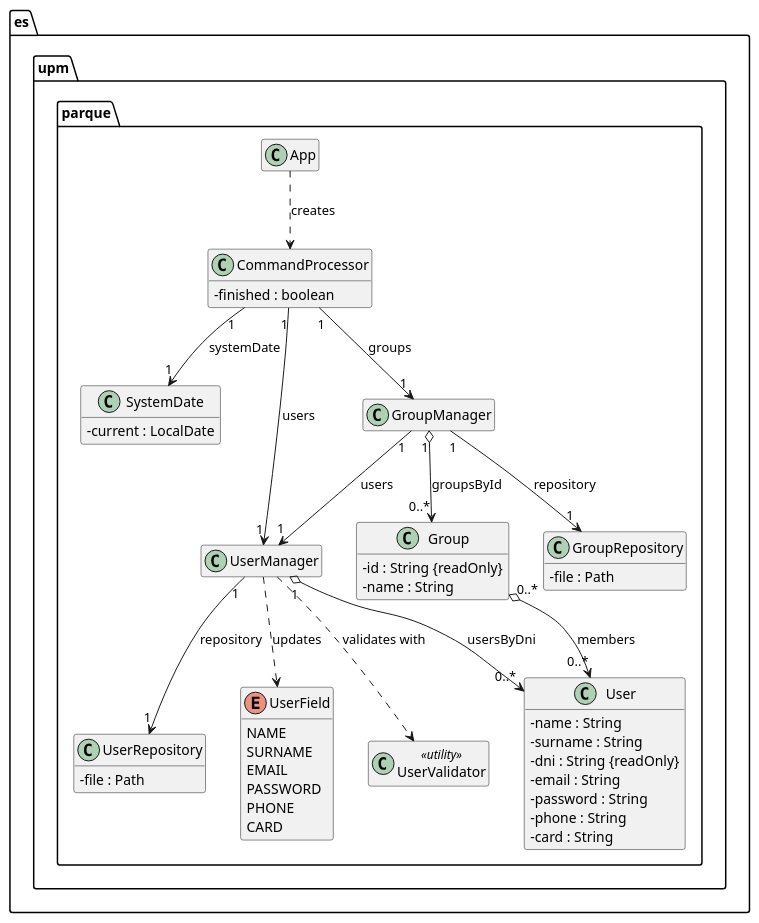
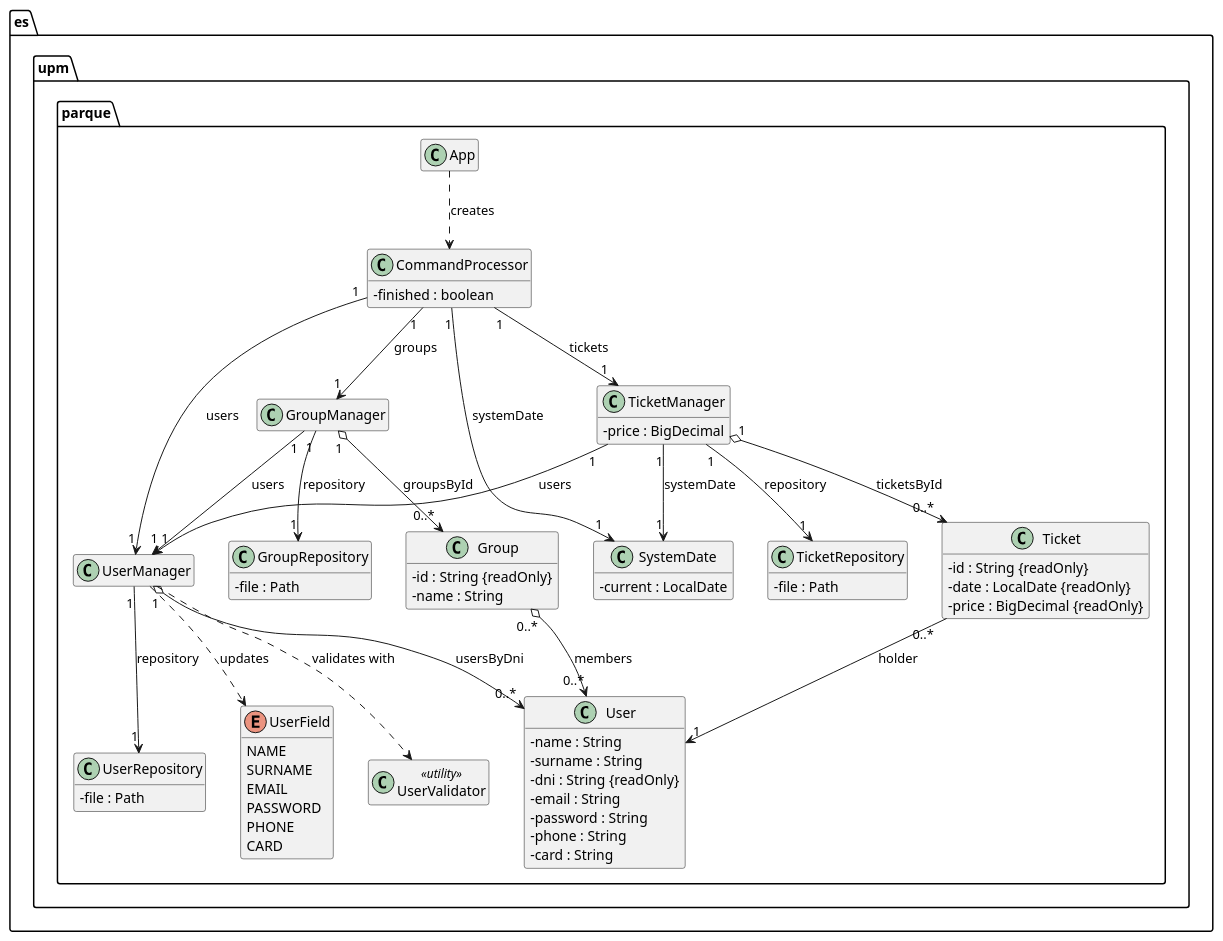
The diagram in uml/model.puml (skai-upm/caise27), drawn with PlantUML before and after one commit. The commit also changed 23 other files, not shown here.

```diff
--- a/uml/model.puml
+++ b/uml/model.puml
@@ -1,74 +1,94 @@
 @startuml model
 ' Class model of the amusement park application (current implementation).
 hide empty members
 skinparam classAttributeIconSize 0
 
 package es.upm.parque {
 
   class App {
   }
 
   class CommandProcessor {
     - finished : boolean
   }
 
   class SystemDate {
     - current : LocalDate
   }
 
   class UserManager {
   }
 
   class UserRepository {
     - file : Path
   }
 
   class User {
     - name : String
     - surname : String
     - dni : String {readOnly}
     - email : String
     - password : String
     - phone : String
     - card : String
   }
 
   enum UserField {
     NAME
     SURNAME
     EMAIL
     PASSWORD
     PHONE
     CARD
   }
 
   class UserValidator <<utility>> {
   }
 
   class GroupManager {
   }
 
   class GroupRepository {
     - file : Path
   }
 
   class Group {
     - id : String {readOnly}
     - name : String
   }
+
+  class TicketManager {
+    - price : BigDecimal
+  }
+
+  class TicketRepository {
+    - file : Path
+  }
+
+  class Ticket {
+    - id : String {readOnly}
+    - date : LocalDate {readOnly}
+    - price : BigDecimal {readOnly}
+  }
 }
 
 CommandProcessor "1" --> "1" UserManager : users
 CommandProcessor "1" --> "1" GroupManager : groups
+CommandProcessor "1" --> "1" TicketManager : tickets
 CommandProcessor "1" --> "1" SystemDate : systemDate
 UserManager "1" --> "1" UserRepository : repository
 UserManager "1" o--> "0..*" User : usersByDni
 GroupManager "1" --> "1" GroupRepository : repository
 GroupManager "1" --> "1" UserManager : users
 GroupManager "1" o--> "0..*" Group : groupsById
 Group "0..*" o--> "0..*" User : members
+TicketManager "1" --> "1" TicketRepository : repository
+TicketManager "1" --> "1" UserManager : users
+TicketManager "1" --> "1" SystemDate : systemDate
+TicketManager "1" o--> "0..*" Ticket : ticketsById
+Ticket "0..*" --> "1" User : holder
 
 App ..> CommandProcessor : creates
 UserManager ..> UserValidator : validates with
 UserManager ..> UserField : updates
 @enduml
```
